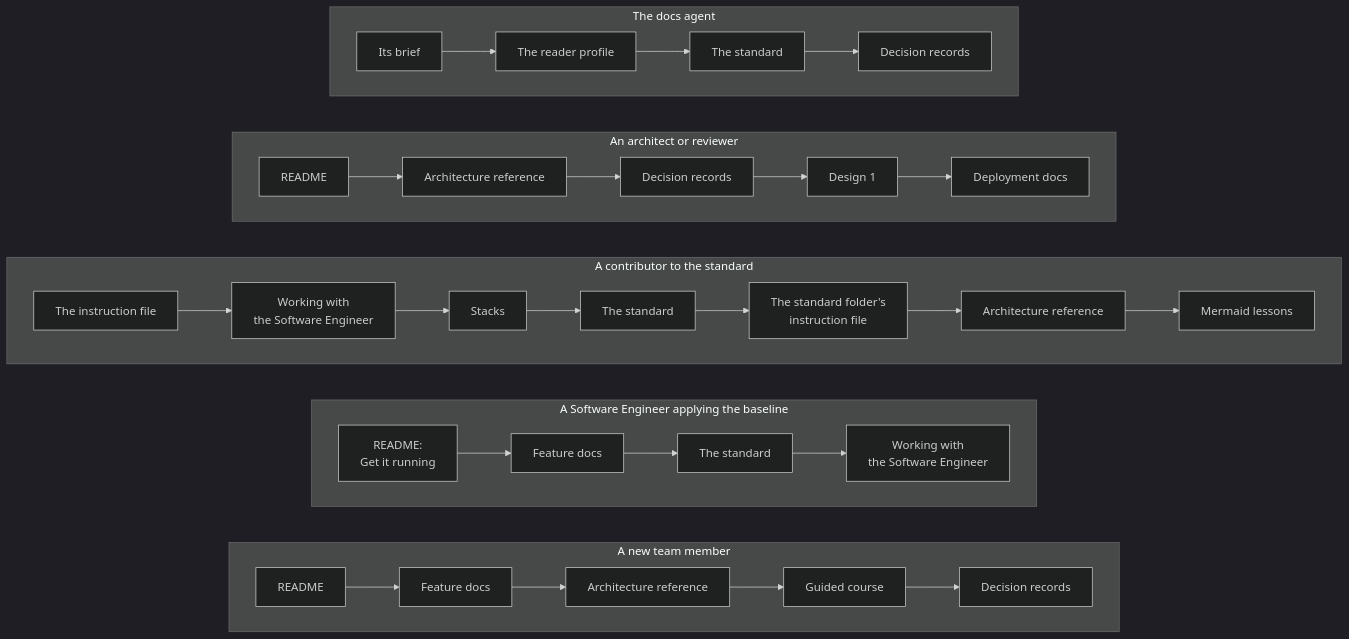
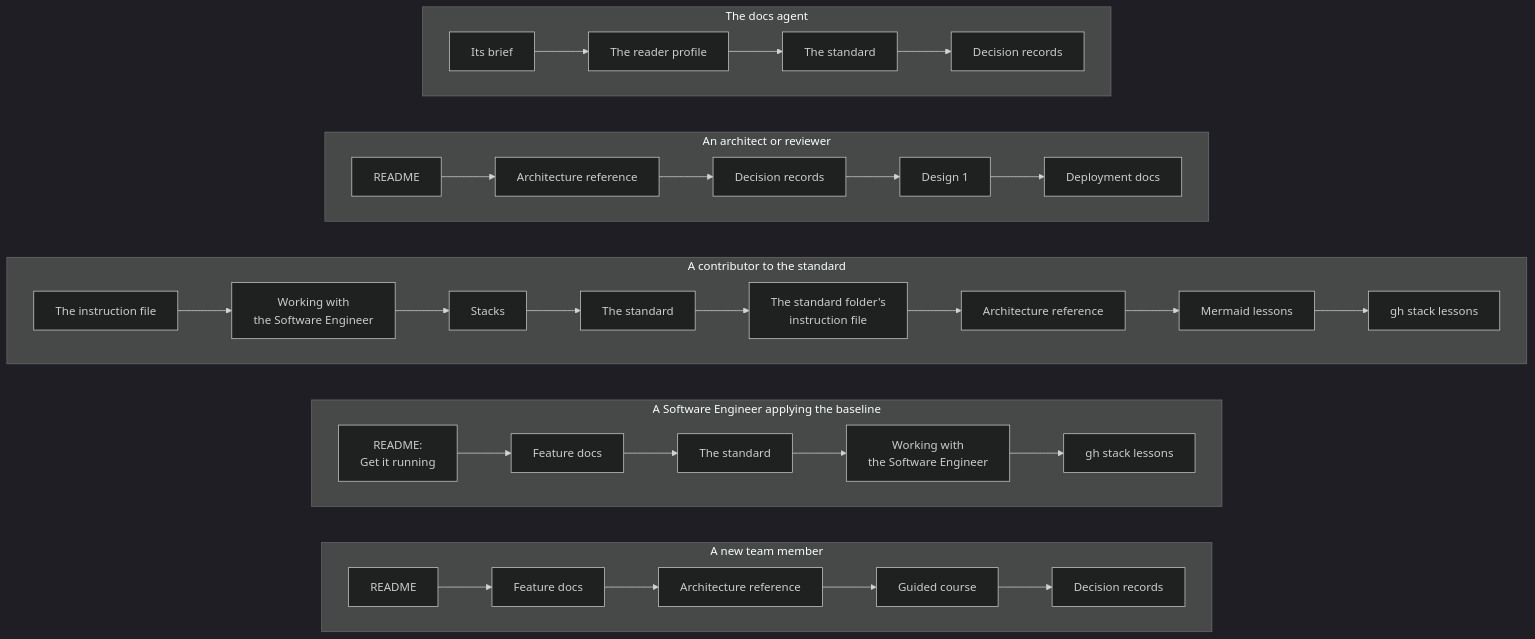
The diagram in docs/reader-profile.md (chandanbsd/baseline-framework), drawn with Mermaid (dark theme) before and after one commit. The commit also changed other lines of this file and 3 other files, not shown here.

First line of the commit message:
docs: add the gh stack lessons to the indexes and the reading paths

````diff
--- a/docs/reader-profile.md
+++ b/docs/reader-profile.md
@@ -120,23 +120,23 @@
 ```mermaid
 flowchart LR
     subgraph NH["A new team member"]
         direction LR
         N1["README"] --> N2["Feature docs"] --> N3["Architecture reference"] --> N5["Guided course"] --> N4["Decision records"]
     end
     subgraph SE["A Software Engineer applying the baseline"]
         direction LR
-        S1["README:<br/>Get it running"] --> S2["Feature docs"] --> S3["The standard"] --> S4["Working with<br/>the Software Engineer"]
+        S1["README:<br/>Get it running"] --> S2["Feature docs"] --> S3["The standard"] --> S4["Working with<br/>the Software Engineer"] --> S5["gh stack lessons"]
     end
     subgraph CO["A contributor to the standard"]
         direction LR
-        C1["The instruction file"] --> C2["Working with<br/>the Software Engineer"] --> C3["Stacks"] --> C4["The standard"] --> CS["The standard folder's<br/>instruction file"] --> C5["Architecture reference"] --> C6["Mermaid lessons"]
+        C1["The instruction file"] --> C2["Working with<br/>the Software Engineer"] --> C3["Stacks"] --> C4["The standard"] --> CS["The standard folder's<br/>instruction file"] --> C5["Architecture reference"] --> C6["Mermaid lessons"] --> C7["gh stack lessons"]
     end
     subgraph AR["An architect or reviewer"]
         direction LR
         A1["README"] --> A2["Architecture reference"] --> A3["Decision records"] --> A4["Design 1"] --> A5["Deployment docs"]
     end
     subgraph DA["The docs agent"]
         direction LR
         D1["Its brief"] --> D2["The reader profile"] --> D3["The standard"] --> D4["Decision records"]
     end
 ```
````
